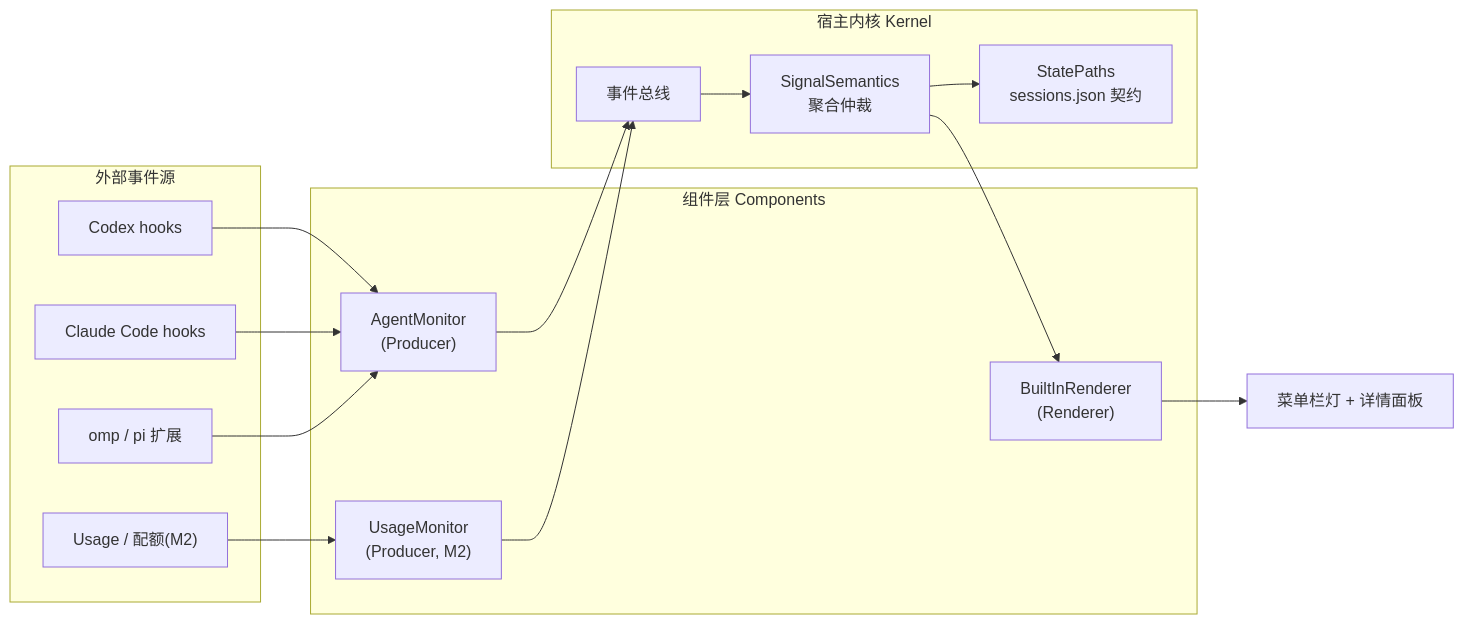
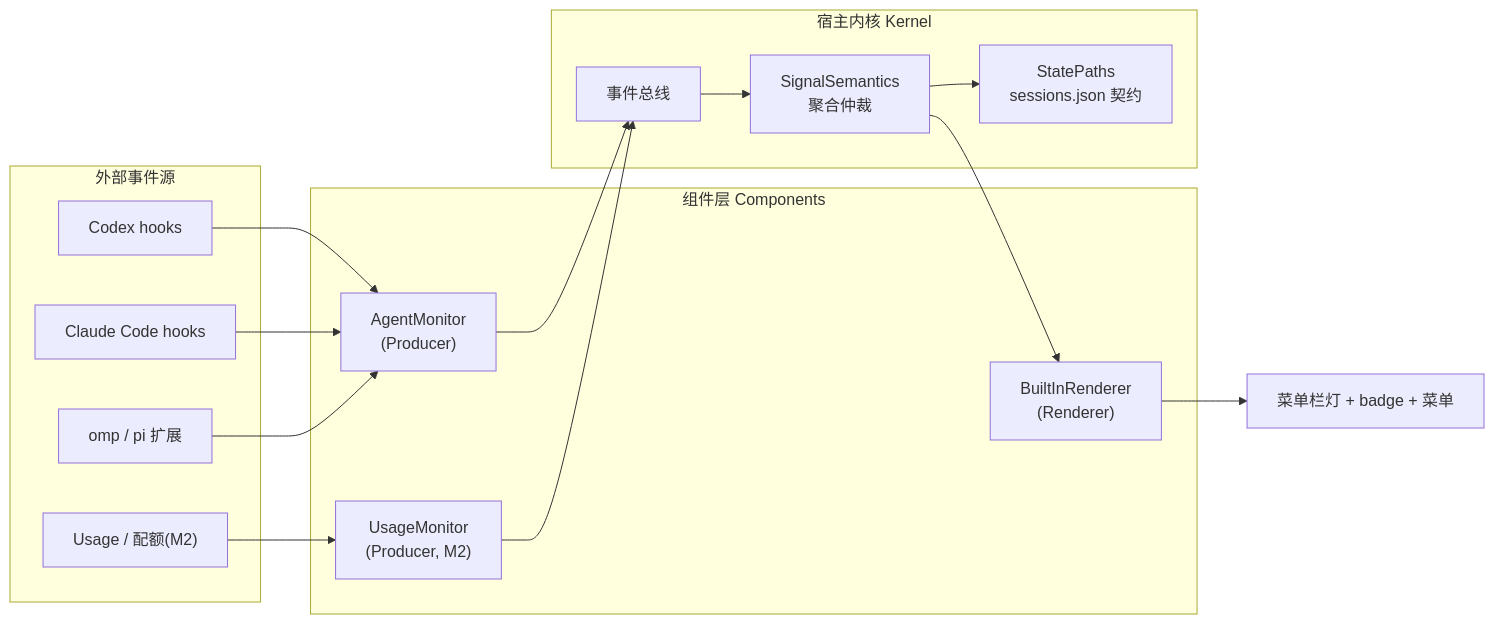
Before and after one commit to qqlzfmn/glow: the diagram in docs/PLUGINS.md, drawn with Mermaid. The commit also changed other lines of this file and 12 other files, not shown here.

````diff
--- a/docs/PLUGINS.md
+++ b/docs/PLUGINS.md
@@ -13,32 +13,32 @@
 ```mermaid
 flowchart LR
     subgraph Sources["外部事件源"]
         CODEX["Codex hooks"]
         CLAUDE["Claude Code hooks"]
         OMP["omp / pi 扩展"]
         USAGE["Usage / 配额(M2)"]
     end
 
     subgraph Components["组件层 Components"]
         AM["AgentMonitor<br/>(Producer)"]
         UR["UsageMonitor<br/>(Producer, M2)"]
         BR["BuiltInRenderer<br/>(Renderer)"]
     end
 
     subgraph Kernel["宿主内核 Kernel"]
         BUS["事件总线"]
         AG["SignalSemantics<br/>聚合仲裁"]
         SP["StatePaths<br/>sessions.json 契约"]
     end
 
     CODEX --> AM
     CLAUDE --> AM
     OMP --> AM
     USAGE --> UR
     AM --> BUS
     UR --> BUS
     BUS --> AG
     AG --> SP
     AG --> BR
-    BR --> UI["菜单栏灯 + 详情面板"]
+    BR --> UI["菜单栏灯 + badge + 菜单"]
 ```
````
